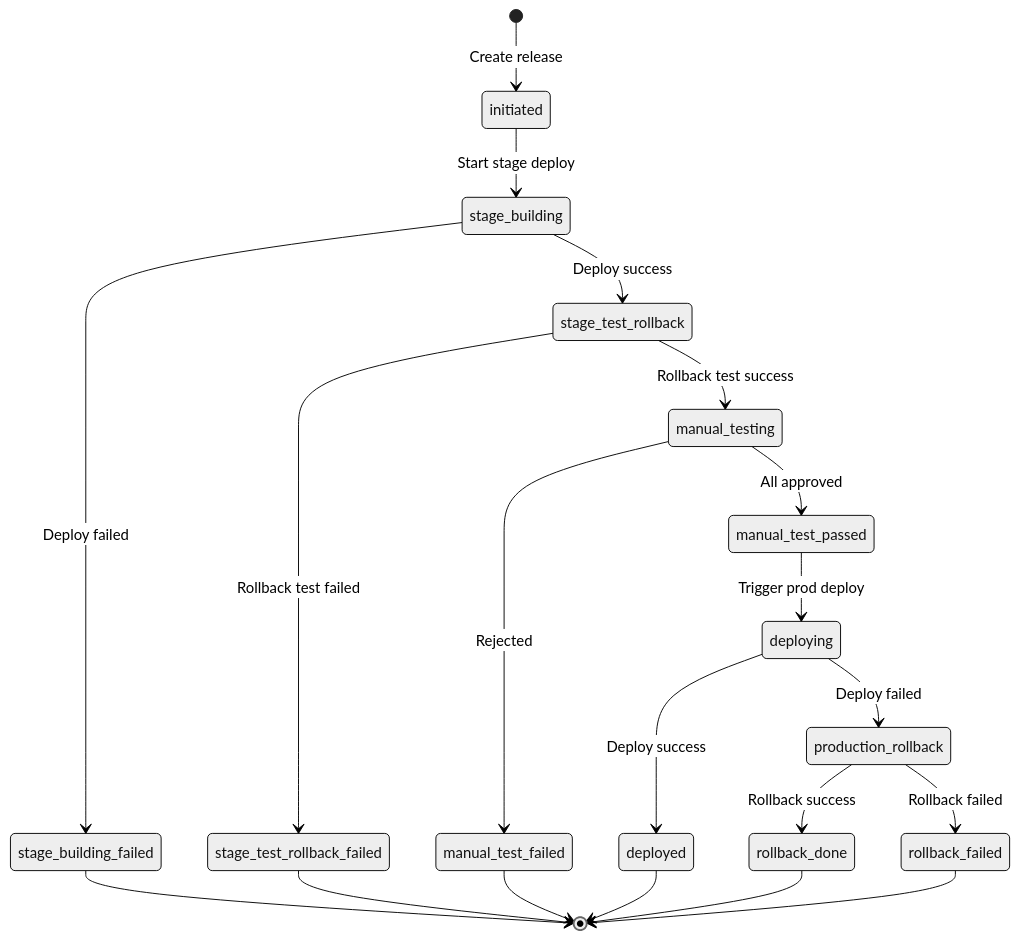
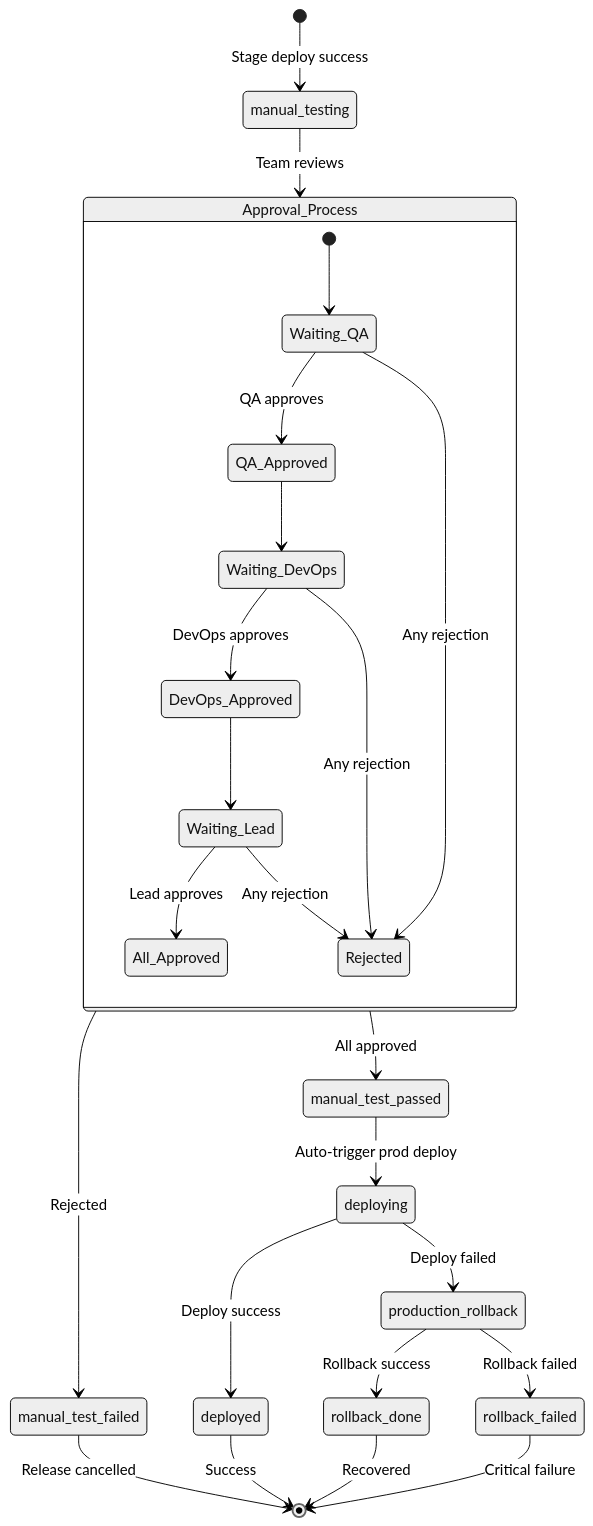
The fourth of 10 diagrams in name-release-machine/README.md (mmdev2003/release-machine), drawn with Mermaid (neutral theme) before and after one commit. The commit also changed other lines of this file, not shown here.

Commit message:
Обновил readme для release-machine

````diff
--- a/name-release-machine/README.md
+++ b/name-release-machine/README.md
@@ -420,28 +235,37 @@
 ```mermaid
 stateDiagram-v2
-    [*] --> initiated: Create release
+    [*] --> manual_testing: Stage deploy success
     
-    initiated --> stage_building: Start stage deploy
-    stage_building --> stage_building_failed: Deploy failed
-    stage_building --> stage_test_rollback: Deploy success
+    manual_testing --> Approval_Process: Team reviews
     
-    stage_test_rollback --> stage_test_rollback_failed: Rollback test failed
-    stage_test_rollback --> manual_testing: Rollback test success
+    state Approval_Process {
+        [*] --> Waiting_QA
+        Waiting_QA --> QA_Approved: QA approves
+        
+        QA_Approved --> Waiting_DevOps
+        Waiting_DevOps --> DevOps_Approved: DevOps approves
+        
+        DevOps_Approved --> Waiting_Lead
+        Waiting_Lead --> All_Approved: Lead approves
+        
+        Waiting_QA --> Rejected: Any rejection
+        Waiting_DevOps --> Rejected: Any rejection
+        Waiting_Lead --> Rejected: Any rejection
+    }
     
-    manual_testing --> manual_test_passed: All approved
-    manual_testing --> manual_test_failed: Rejected
+    Approval_Process --> manual_test_passed: All approved
+    Approval_Process --> manual_test_failed: Rejected
     
-    manual_test_passed --> deploying: Trigger prod deploy
+    manual_test_passed --> deploying: Auto-trigger prod deploy
+    manual_test_failed --> [*]: Release cancelled
+    
     deploying --> deployed: Deploy success
     deploying --> production_rollback: Deploy failed
     
     production_rollback --> rollback_done: Rollback success
     production_rollback --> rollback_failed: Rollback failed
     
-    stage_building_failed --> [*]
-    stage_test_rollback_failed --> [*]
-    manual_test_failed --> [*]
-    deployed --> [*]
-    rollback_done --> [*]
-    rollback_failed --> [*]
+    deployed --> [*]: Success
+    rollback_done --> [*]: Recovered
+    rollback_failed --> [*]: Critical failure
 ```
````
